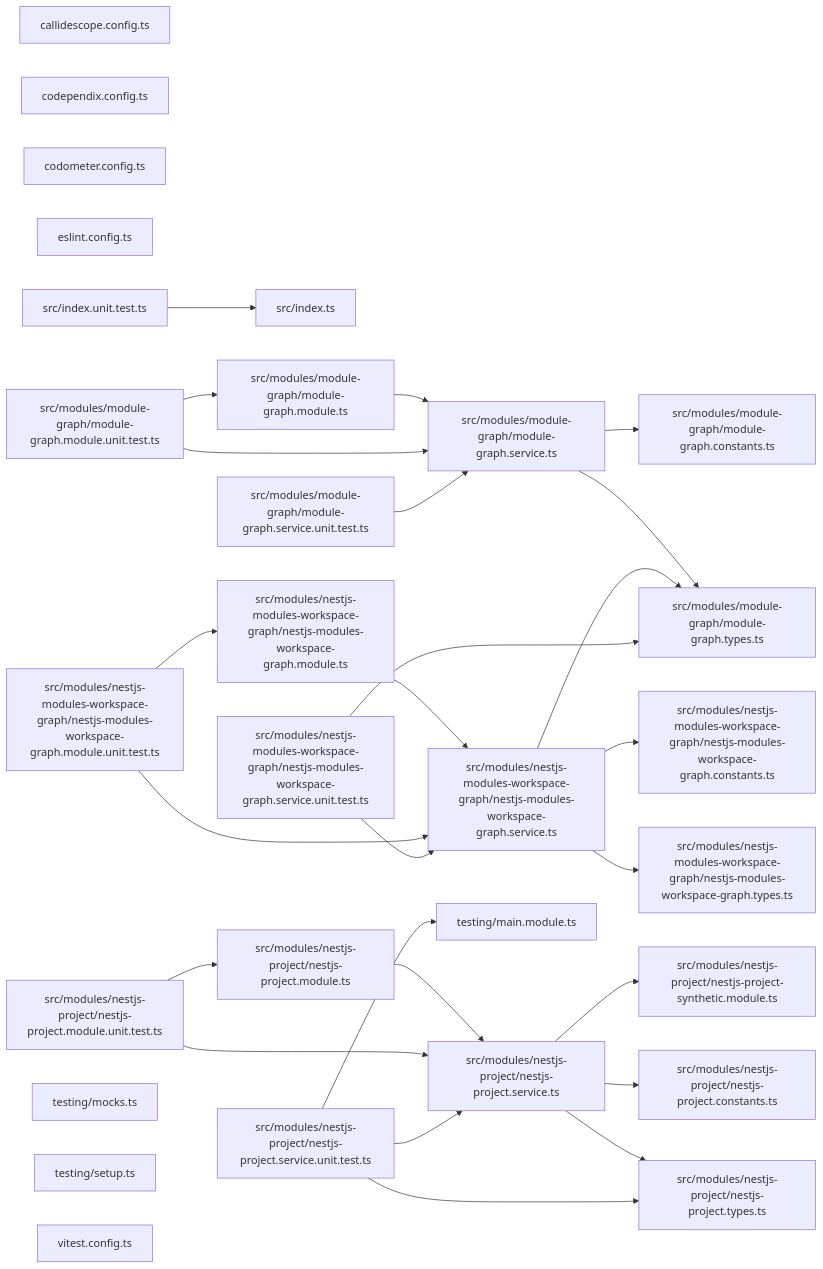
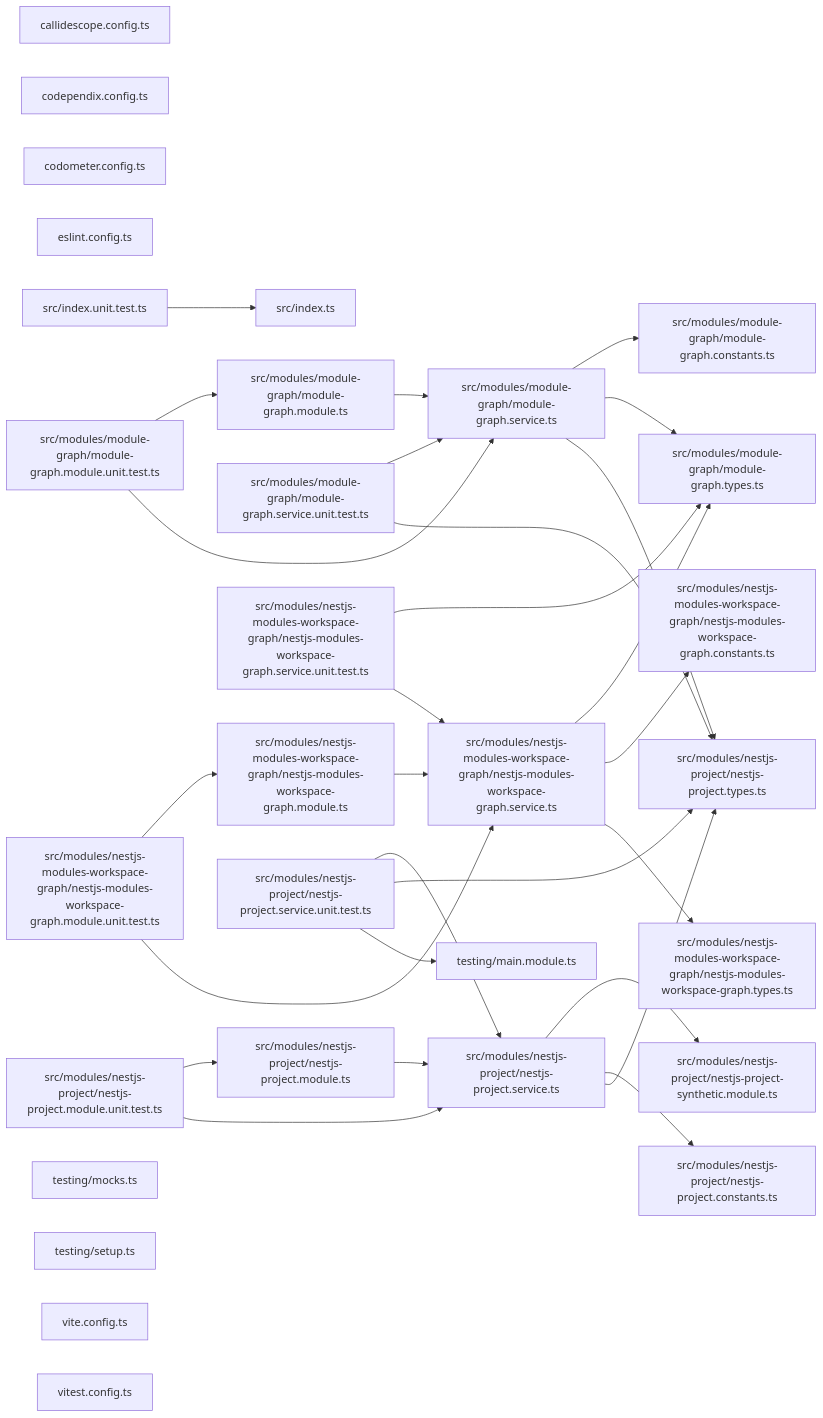
One commit to JimmyPaolini/codebase changed the third of 3 diagrams in packages/ic-suite/codependix/codependix-nestjs-modules/README.md. Above: the diagram before and after it, drawn with Mermaid. The commit also changed other lines of this file and 88 other files, not shown here.

````diff
--- a/packages/ic-suite/codependix/codependix-nestjs-modules/README.md
+++ b/packages/ic-suite/codependix/codependix-nestjs-modules/README.md
@@ -47,56 +47,59 @@
 ```mermaid
 graph LR
   file_callidescope_config_ts["callidescope.config.ts"]
   file_codependix_config_ts["codependix.config.ts"]
   file_codometer_config_ts["codometer.config.ts"]
   file_eslint_config_ts["eslint.config.ts"]
   file_src_index_ts["src/index.ts"]
   file_src_index_unit_test_ts["src/index.unit.test.ts"]
   file_src_modules_module_graph_module_graph_constants_ts["src/modules/module-graph/module-graph.constants.ts"]
   file_src_modules_module_graph_module_graph_module_ts["src/modules/module-graph/module-graph.module.ts"]
   file_src_modules_module_graph_module_graph_module_unit_test_ts["src/modules/module-graph/module-graph.module.unit.test.ts"]
   file_src_modules_module_graph_module_graph_service_ts["src/modules/module-graph/module-graph.service.ts"]
   file_src_modules_module_graph_module_graph_service_unit_test_ts["src/modules/module-graph/module-graph.service.unit.test.ts"]
   file_src_modules_module_graph_module_graph_types_ts["src/modules/module-graph/module-graph.types.ts"]
   file_src_modules_nestjs_modules_workspace_graph_nestjs_modules_workspace_graph_constants_ts["src/modules/nestjs-modules-workspace-graph/nestjs-modules-workspace-graph.constants.ts"]
   file_src_modules_nestjs_modules_workspace_graph_nestjs_modules_workspace_graph_module_ts["src/modules/nestjs-modules-workspace-graph/nestjs-modules-workspace-graph.module.ts"]
   file_src_modules_nestjs_modules_workspace_graph_nestjs_modules_workspace_graph_module_unit_test_ts["src/modules/nestjs-modules-workspace-graph/nestjs-modules-workspace-graph.module.unit.test.ts"]
   file_src_modules_nestjs_modules_workspace_graph_nestjs_modules_workspace_graph_service_ts["src/modules/nestjs-modules-workspace-graph/nestjs-modules-workspace-graph.service.ts"]
   file_src_modules_nestjs_modules_workspace_graph_nestjs_modules_workspace_graph_service_unit_test_ts["src/modules/nestjs-modules-workspace-graph/nestjs-modules-workspace-graph.service.unit.test.ts"]
   file_src_modules_nestjs_modules_workspace_graph_nestjs_modules_workspace_graph_types_ts["src/modules/nestjs-modules-workspace-graph/nestjs-modules-workspace-graph.types.ts"]
   file_src_modules_nestjs_project_nestjs_project_synthetic_module_ts["src/modules/nestjs-project/nestjs-project-synthetic.module.ts"]
   file_src_modules_nestjs_project_nestjs_project_constants_ts["src/modules/nestjs-project/nestjs-project.constants.ts"]
   file_src_modules_nestjs_project_nestjs_project_module_ts["src/modules/nestjs-project/nestjs-project.module.ts"]
   file_src_modules_nestjs_project_nestjs_project_module_unit_test_ts["src/modules/nestjs-project/nestjs-project.module.unit.test.ts"]
   file_src_modules_nestjs_project_nestjs_project_service_ts["src/modules/nestjs-project/nestjs-project.service.ts"]
   file_src_modules_nestjs_project_nestjs_project_service_unit_test_ts["src/modules/nestjs-project/nestjs-project.service.unit.test.ts"]
   file_src_modules_nestjs_project_nestjs_project_types_ts["src/modules/nestjs-project/nestjs-project.types.ts"]
   file_testing_main_module_ts["testing/main.module.ts"]
   file_testing_mocks_ts["testing/mocks.ts"]
   file_testing_setup_ts["testing/setup.ts"]
+  file_vite_config_ts["vite.config.ts"]
   file_vitest_config_ts["vitest.config.ts"]
   file_src_index_unit_test_ts --> file_src_index_ts
   file_src_modules_module_graph_module_graph_module_ts --> file_src_modules_module_graph_module_graph_service_ts
   file_src_modules_module_graph_module_graph_module_unit_test_ts --> file_src_modules_module_graph_module_graph_module_ts
   file_src_modules_module_graph_module_graph_module_unit_test_ts --> file_src_modules_module_graph_module_graph_service_ts
   file_src_modules_module_graph_module_graph_service_ts --> file_src_modules_module_graph_module_graph_constants_ts
   file_src_modules_module_graph_module_graph_service_ts --> file_src_modules_module_graph_module_graph_types_ts
+  file_src_modules_module_graph_module_graph_service_ts --> file_src_modules_nestjs_project_nestjs_project_types_ts
   file_src_modules_module_graph_module_graph_service_unit_test_ts --> file_src_modules_module_graph_module_graph_service_ts
+  file_src_modules_module_graph_module_graph_service_unit_test_ts --> file_src_modules_nestjs_project_nestjs_project_types_ts
   file_src_modules_nestjs_modules_workspace_graph_nestjs_modules_workspace_graph_module_ts --> file_src_modules_nestjs_modules_workspace_graph_nestjs_modules_workspace_graph_service_ts
   file_src_modules_nestjs_modules_workspace_graph_nestjs_modules_workspace_graph_module_unit_test_ts --> file_src_modules_nestjs_modules_workspace_graph_nestjs_modules_workspace_graph_module_ts
   file_src_modules_nestjs_modules_workspace_graph_nestjs_modules_workspace_graph_module_unit_test_ts --> file_src_modules_nestjs_modules_workspace_graph_nestjs_modules_workspace_graph_service_ts
   file_src_modules_nestjs_modules_workspace_graph_nestjs_modules_workspace_graph_service_ts --> file_src_modules_module_graph_module_graph_types_ts
   file_src_modules_nestjs_modules_workspace_graph_nestjs_modules_workspace_graph_service_ts --> file_src_modules_nestjs_modules_workspace_graph_nestjs_modules_workspace_graph_constants_ts
   file_src_modules_nestjs_modules_workspace_graph_nestjs_modules_workspace_graph_service_ts --> file_src_modules_nestjs_modules_workspace_graph_nestjs_modules_workspace_graph_types_ts
   file_src_modules_nestjs_modules_workspace_graph_nestjs_modules_workspace_graph_service_unit_test_ts --> file_src_modules_module_graph_module_graph_types_ts
   file_src_modules_nestjs_modules_workspace_graph_nestjs_modules_workspace_graph_service_unit_test_ts --> file_src_modules_nestjs_modules_workspace_graph_nestjs_modules_workspace_graph_service_ts
   file_src_modules_nestjs_project_nestjs_project_module_ts --> file_src_modules_nestjs_project_nestjs_project_service_ts
   file_src_modules_nestjs_project_nestjs_project_module_unit_test_ts --> file_src_modules_nestjs_project_nestjs_project_module_ts
   file_src_modules_nestjs_project_nestjs_project_module_unit_test_ts --> file_src_modules_nestjs_project_nestjs_project_service_ts
   file_src_modules_nestjs_project_nestjs_project_service_ts --> file_src_modules_nestjs_project_nestjs_project_synthetic_module_ts
   file_src_modules_nestjs_project_nestjs_project_service_ts --> file_src_modules_nestjs_project_nestjs_project_constants_ts
   file_src_modules_nestjs_project_nestjs_project_service_ts --> file_src_modules_nestjs_project_nestjs_project_types_ts
   file_src_modules_nestjs_project_nestjs_project_service_unit_test_ts --> file_src_modules_nestjs_project_nestjs_project_service_ts
   file_src_modules_nestjs_project_nestjs_project_service_unit_test_ts --> file_src_modules_nestjs_project_nestjs_project_types_ts
   file_src_modules_nestjs_project_nestjs_project_service_unit_test_ts --> file_testing_main_module_ts
 ```
````
